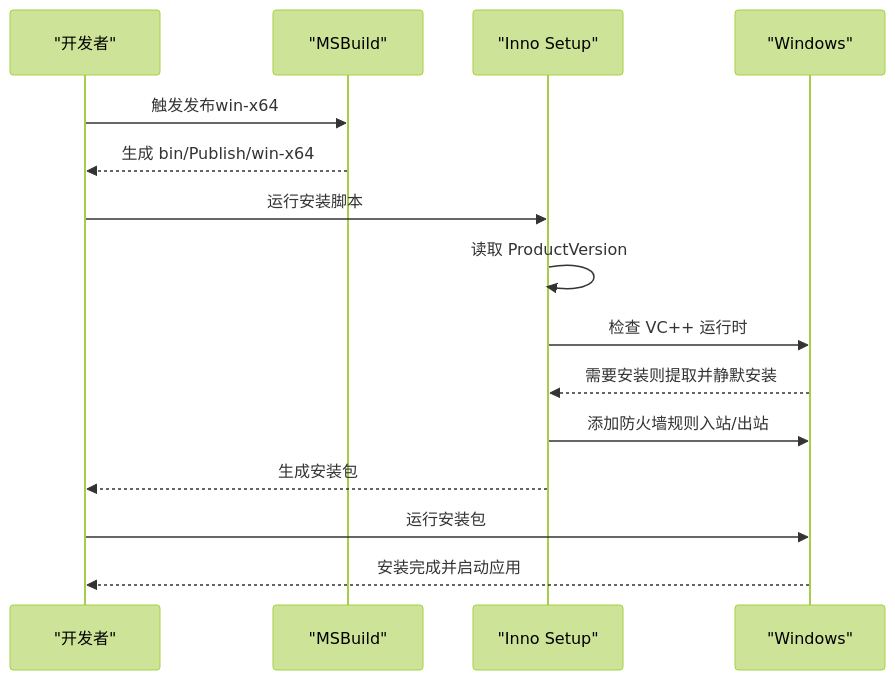
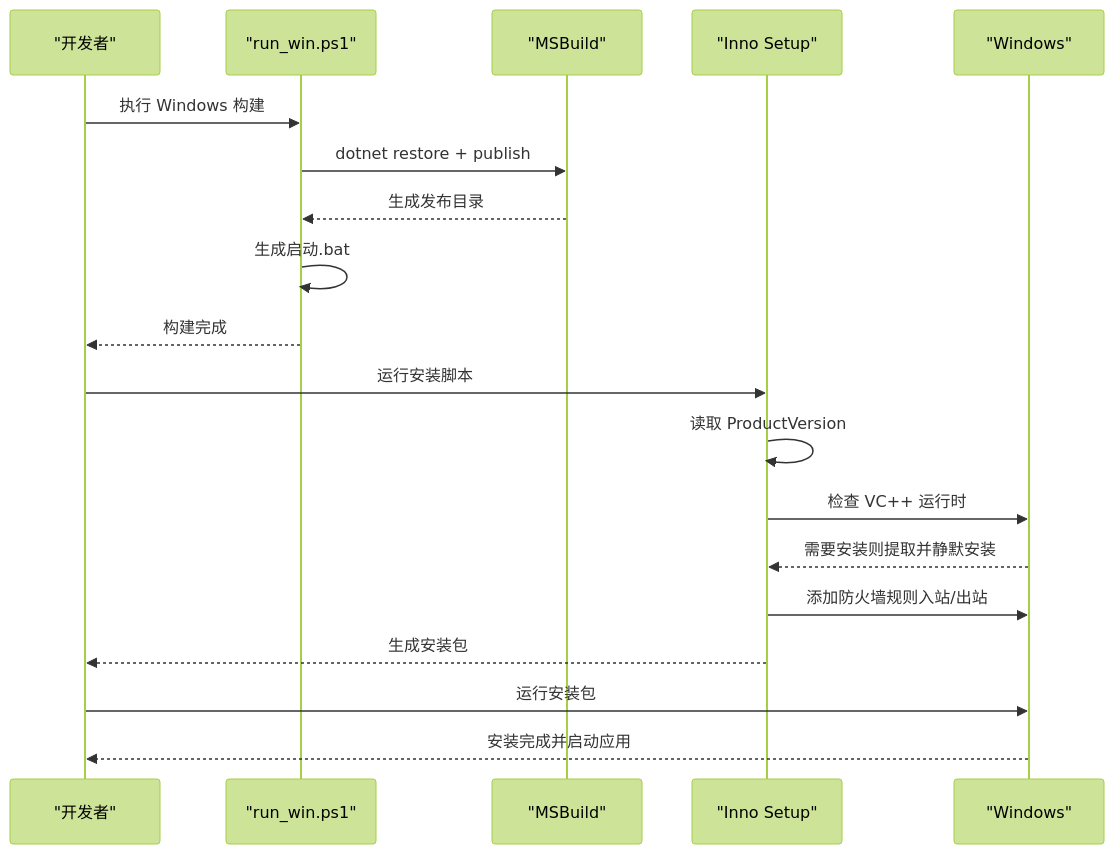
One commit to tea4go/Macro-Deck changed the fourth of 7 diagrams in .qoder/repowiki/zh/content/开发者指南/构建和部署.md. Above: the diagram before and after it, drawn with Mermaid (forest theme). The commit also changed other lines of this file and 42 other files, not shown here.

````diff
--- a/.qoder/repowiki/zh/content/开发者指南/构建和部署.md
+++ b/.qoder/repowiki/zh/content/开发者指南/构建和部署.md
@@ -238,17 +252,21 @@
 ```mermaid
 sequenceDiagram
 participant Dev as "开发者"
+participant PS as "run_win.ps1"
 participant MSB as "MSBuild"
 participant ISS as "Inno Setup"
 participant OS as "Windows"
-Dev->>MSB : 触发发布win-x64
-MSB-->>Dev : 生成 bin/Publish/win-x64
+Dev->>PS : 执行 Windows 构建
+PS->>MSB : dotnet restore + publish
+MSB-->>PS : 生成发布目录
+PS->>PS : 生成启动.bat
+PS-->>Dev : 构建完成
 Dev->>ISS : 运行安装脚本
 ISS->>ISS : 读取 ProductVersion
 ISS->>OS : 检查 VC++ 运行时
 OS-->>ISS : 需要安装则提取并静默安装
 ISS->>OS : 添加防火墙规则入站/出站
 ISS-->>Dev : 生成安装包
 Dev->>OS : 运行安装包
 OS-->>Dev : 安装完成并启动应用
 ```
````
